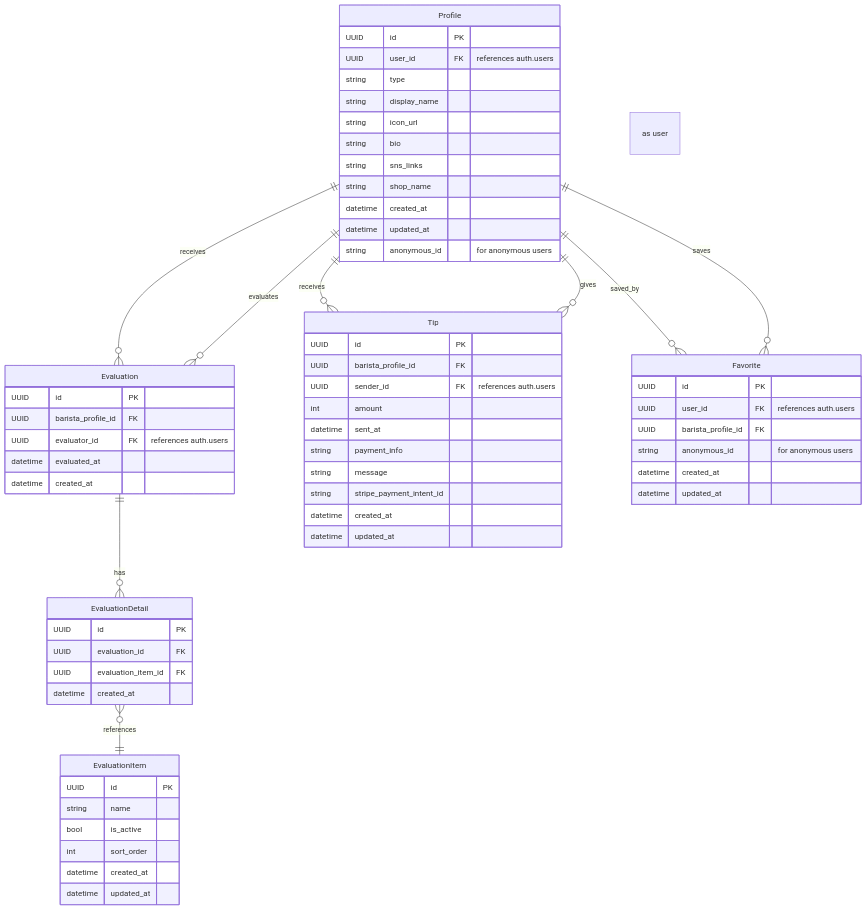
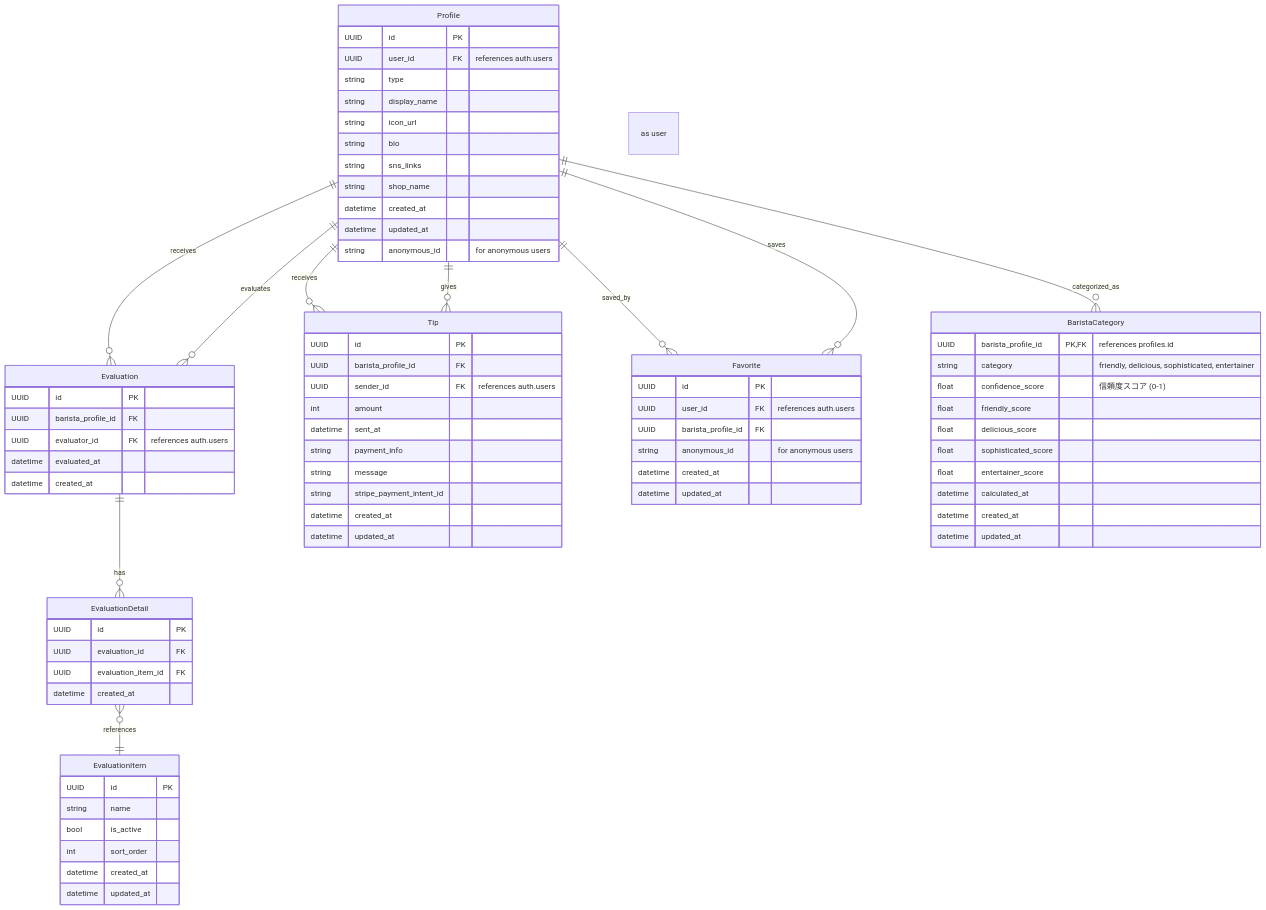
The diagram in README.md (aiirononeko/bra-b), drawn with Mermaid before and after one commit. The commit also changed other lines of this file and 13 other files, not shown here.

```diff
--- a/README.md
+++ b/README.md
@@ -33,6 +34,7 @@
 Profile ||--o{ Evaluation : evaluates "as user"
 Profile ||--o{ Tip : gives "as user"
 Profile ||--o{ Favorite : saves "as user"
+Profile ||--o{ BaristaCategory : categorized_as
 
 Evaluation ||--o{ EvaluationDetail : has
 EvaluationDetail }o--|| EvaluationItem : references
@@ -75,6 +77,19 @@
   datetime updated_at
 }
 
+BaristaCategory {
+  UUID barista_profile_id PK, FK "references profiles.id"
+  string category "friendly, delicious, sophisticated, entertainer"
+  float confidence_score "信頼度スコア (0-1)"
+  float friendly_score
+  float delicious_score
+  float sophisticated_score
+  float entertainer_score
+  datetime calculated_at
+  datetime created_at
+  datetime updated_at
+}
+
 Tip {
   UUID id PK
   UUID barista_profile_id FK
```
